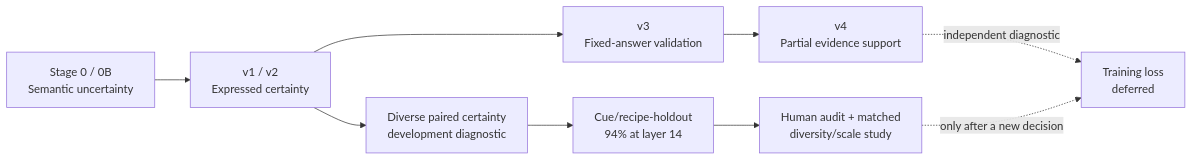
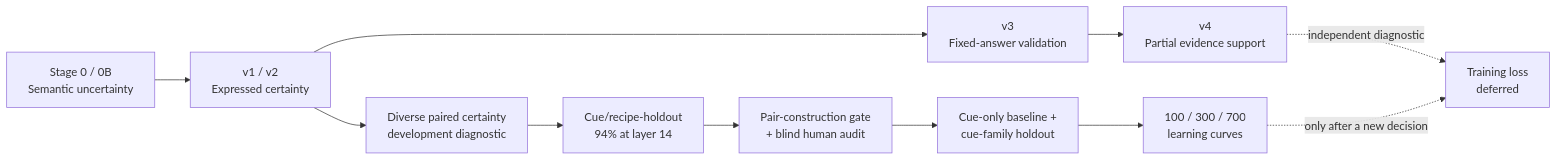
Before and after one commit to WenyiJin2003/mechanistic-confidence-sdt: the diagram in README.md, drawn with Mermaid. The commit also changed other lines of this file and 47 other files, not shown here.

````diff
--- a/README.md
+++ b/README.md
@@ -90,11 +98,13 @@
 ```mermaid
 flowchart LR
     U["Stage 0 / 0B<br/>Semantic uncertainty"] --> C["v1 / v2<br/>Expressed certainty"]
     C --> S["v3<br/>Fixed-answer validation"]
     S --> E["v4<br/>Partial evidence support"]
     C --> D["Diverse paired certainty<br/>development diagnostic"]
     D --> H["Cue/recipe-holdout<br/>94% at layer 14"]
     E -. "independent diagnostic" .-> T["Training loss<br/>deferred"]
-    H --> X["Human audit + matched<br/>diversity/scale study"]
-    X -. "only after a new decision" .-> T
+    H --> X["Pair-construction gate<br/>+ blind human audit"]
+    X --> M["Cue-only baseline +<br/>cue-family holdout"]
+    M --> Y["100 / 300 / 700<br/>learning curves"]
+    Y -. "only after a new decision" .-> T
 ```
````
